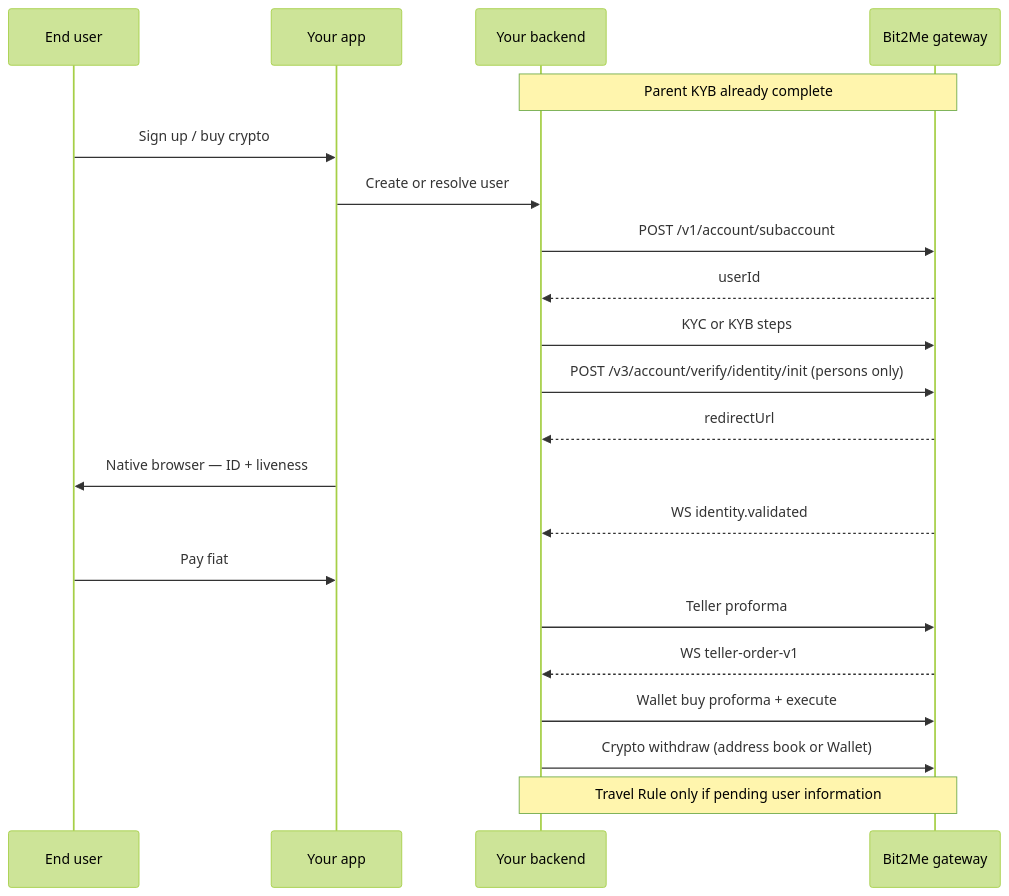
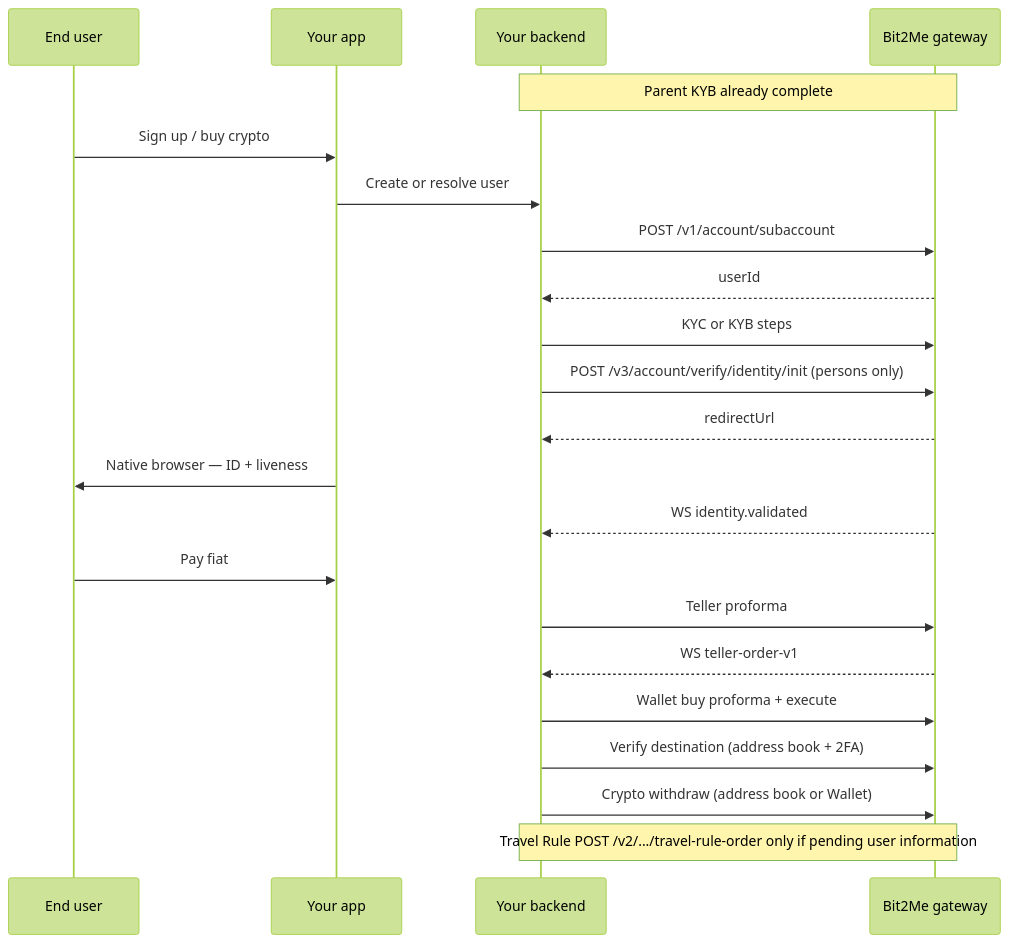
One commit to api-commits/docs changed the diagram in partner/architecture.mdx. Above: the diagram before and after it, drawn with Mermaid (forest theme). The commit also changed 36 other files, not shown here.

First line of the commit message:
Fix docs navigation gaps, HMAC copy, and missing Travel Rule pages.

````diff
--- a/partner/architecture.mdx
+++ b/partner/architecture.mdx
@@ -8,23 +8,24 @@
 ```mermaid
 sequenceDiagram
   participant U as End user
   participant A as Your app
   participant B as Your backend
   participant G as Bit2Me gateway
   Note over B,G: Parent KYB already complete
   U->>A: Sign up / buy crypto
   A->>B: Create or resolve user
   B->>G: POST /v1/account/subaccount
   G-->>B: userId
   B->>G: KYC or KYB steps
   B->>G: POST /v3/account/verify/identity/init (persons only)
   G-->>B: redirectUrl
   A->>U: Native browser — ID + liveness
   G-->>B: WS identity.validated
   U->>A: Pay fiat
   B->>G: Teller proforma
   G-->>B: WS teller-order-v1
   B->>G: Wallet buy proforma + execute
+  B->>G: Verify destination (address book + 2FA)
   B->>G: Crypto withdraw (address book or Wallet)
-  Note over B,G: Travel Rule only if pending user information
+  Note over B,G: Travel Rule POST /v2/.../travel-rule-order only if pending user information
 ```
````
